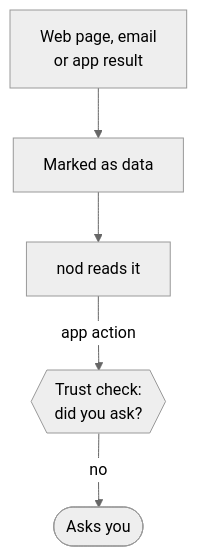
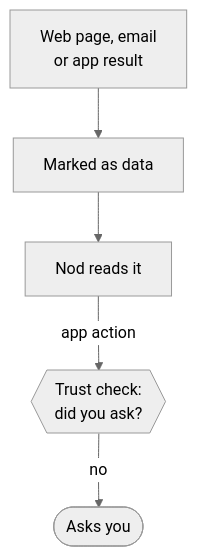
One commit to KrishBhimani/nod changed the diagram in docs/src/content/docs/trust/untrusted-content.md. Above: the diagram before and after it, drawn with Mermaid (neutral theme). The commit also changed other lines of this file and 275 other files, not shown here.

````diff
--- a/docs/src/content/docs/trust/untrusted-content.md
+++ b/docs/src/content/docs/trust/untrusted-content.md
@@ -24,7 +24,7 @@
 ```mermaid
 flowchart TD
   source[Web page, email<br/>or app result] --> wrap[Marked as data]
-  wrap --> model[nod reads it]
+  wrap --> model[Nod reads it]
   model -- app action --> check{{Trust check:<br/>did you ask?}}:::accent
   check -- no --> you([Asks you]):::accent
 ```
````
